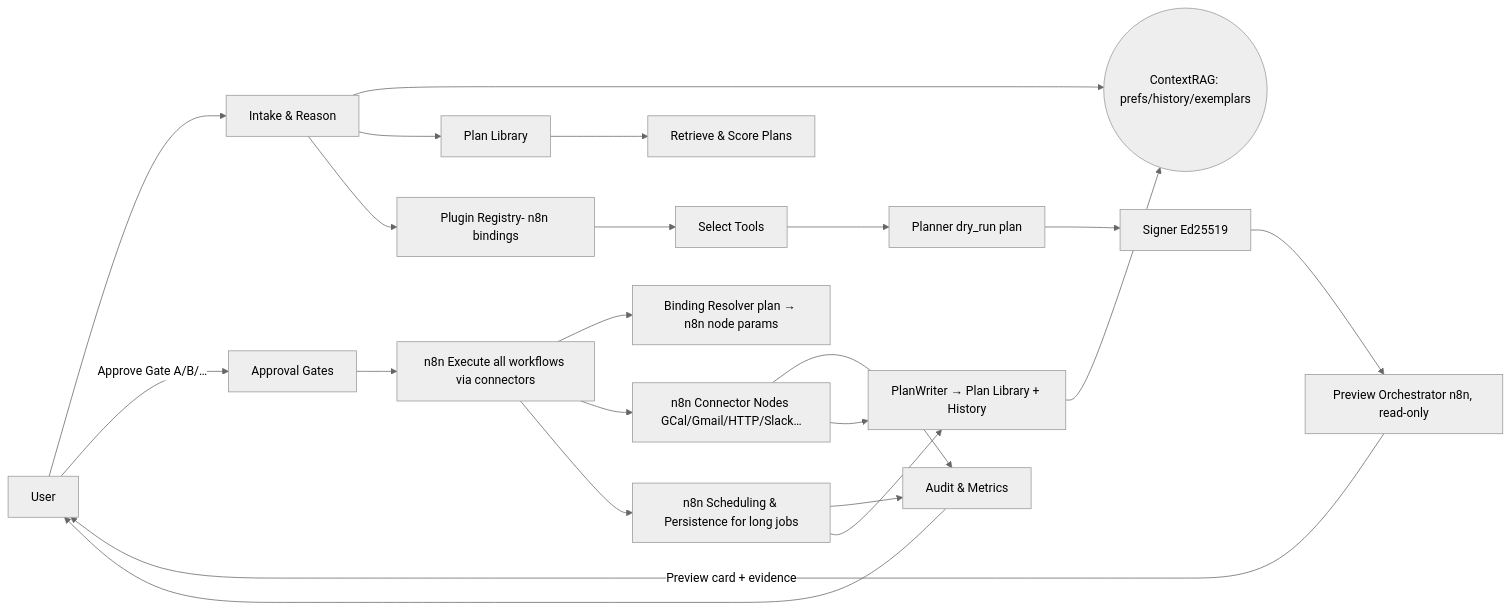
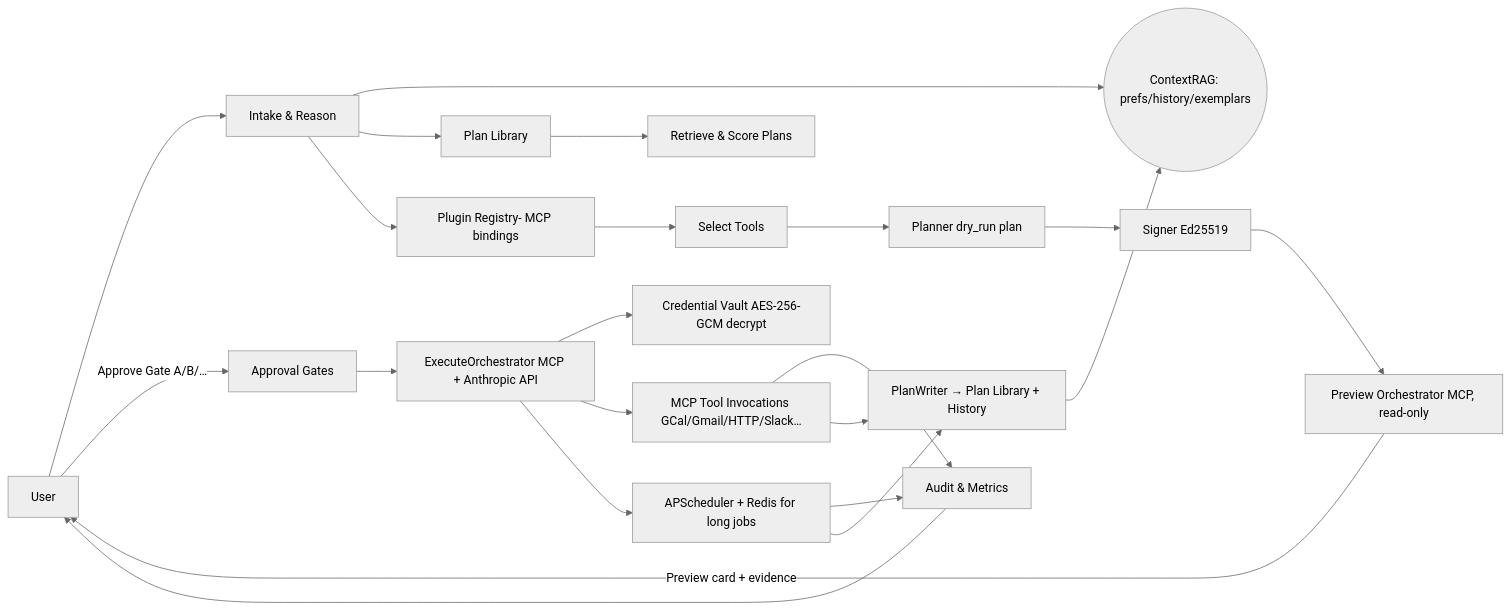
The diagram in docs/architecture/diagrams/HLD.md (AnantshreeChandola/Aexor), drawn with Mermaid (neutral theme) before and after one commit. The commit also changed 79 other files, not shown here.

First line of the commit message:
feat: v6.1 architecture alignment — code, docs, and infrastructure

````diff
--- a/docs/architecture/diagrams/HLD.md
+++ b/docs/architecture/diagrams/HLD.md
@@ -1,24 +1,24 @@
 ```mermaid
   flowchart LR
   U[User] --> IN[Intake & Reason]
   IN --> RAG((ContextRAG: prefs/history/exemplars))
   IN --> PLIB[Plan Library]
   PLIB --> RET[Retrieve & Score Plans]
-  IN --> REG[Plugin Registry- n8n bindings]
+  IN --> REG[Plugin Registry- MCP bindings]
   REG --> SEL[Select Tools]
   SEL --> PLAN[Planner dry_run plan]
   PLAN --> SIG[Signer Ed25519]
-  SIG --> PREV[Preview Orchestrator n8n, read-only]
+  SIG --> PREV[Preview Orchestrator MCP, read-only]
   PREV -->|Preview card + evidence| U
   U -->|Approve Gate A/B/…| GATE[Approval Gates]
-  GATE --> EXE[n8n Execute all workflows via connectors]
-  EXE --> BIND[Binding Resolver plan → n8n node params]
-  EXE --> CONN[n8n Connector Nodes GCal/Gmail/HTTP/Slack…]
-  EXE --> SCHED[n8n Scheduling & Persistence for long jobs]
-  CONN --> AUD[Audit & Metrics]
+  GATE --> EXE[ExecuteOrchestrator MCP + Anthropic API]
+  EXE --> CRED[Credential Vault AES-256-GCM decrypt]
+  EXE --> MCP[MCP Tool Invocations GCal/Gmail/HTTP/Slack…]
+  EXE --> SCHED[APScheduler + Redis for long jobs]
+  MCP --> AUD[Audit & Metrics]
   SCHED --> AUD
-  CONN --> PW[PlanWriter → Plan Library + History]
+  MCP --> PW[PlanWriter → Plan Library + History]
   SCHED --> PW
   AUD --> U
   PW --> RAG
   ```
````
